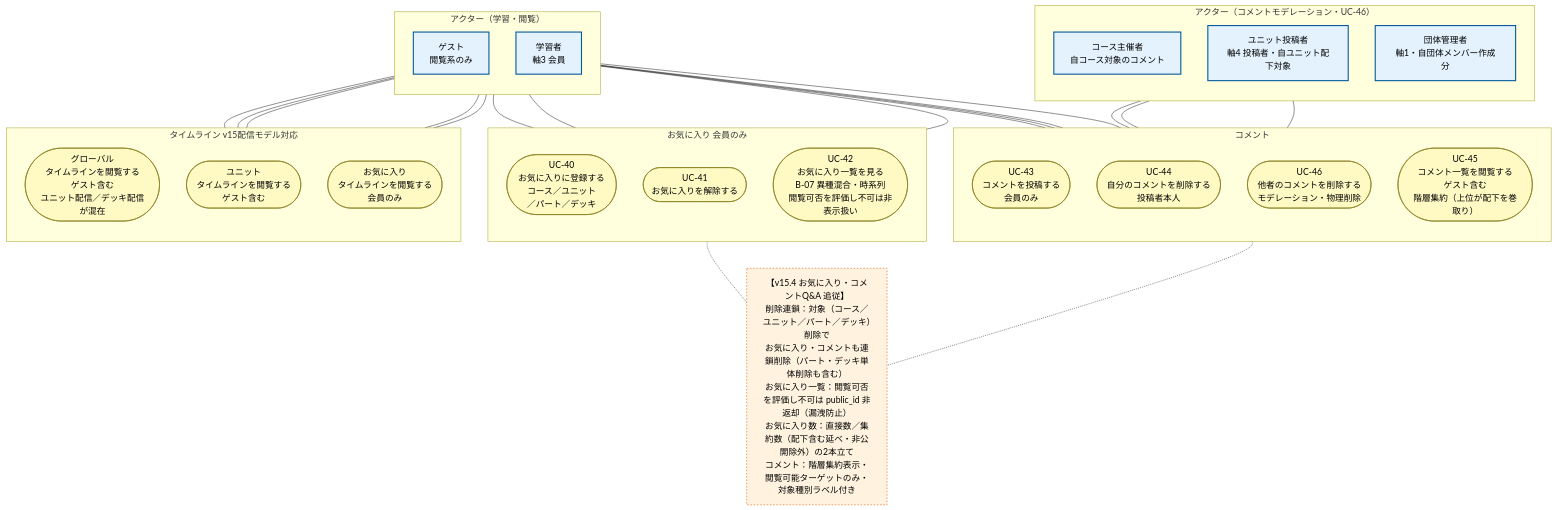
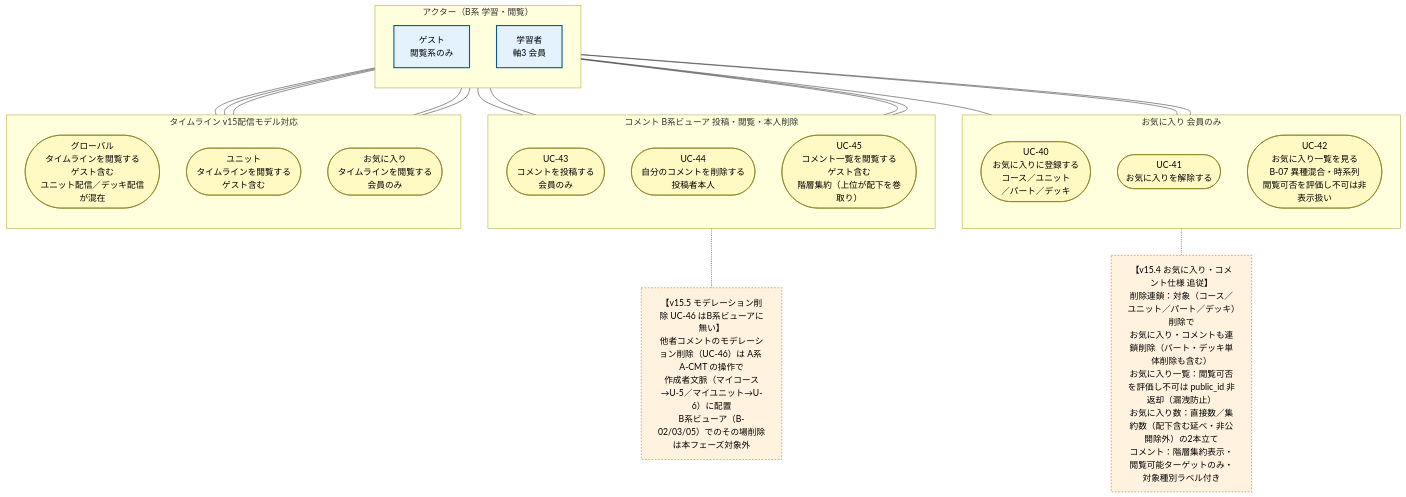
One commit to topicmaker-git/Pages changed the diagram in choi/学習者アプリ_ユースケース図/学習者アプリ_ユースケース図_U4_お気に入りコメントタイムライン.mmd. Above: the diagram before and after it, drawn with Mermaid. The commit also changed 7 other files, not shown here.

```diff
--- a/choi/学習者アプリ_ユースケース図/学習者アプリ_ユースケース図_U4_お気に入りコメントタイムライン.mmd
+++ b/choi/学習者アプリ_ユースケース図/学習者アプリ_ユースケース図_U4_お気に入りコメントタイムライン.mmd
@@ -1,65 +1,55 @@
 flowchart TB
 
 classDef actor fill:#e3f2fd,stroke:#01579b,stroke-width:2px,color:#000
 classDef uc fill:#fff9c4,stroke:#827717,stroke-width:1px,color:#000
 classDef note fill:#fff3e0,stroke:#e65100,stroke-width:1px,stroke-dasharray:3 3,color:#000
 
-subgraph A_Actors["アクター（学習・閲覧）"]
+subgraph A_Actors["アクター（B系 学習・閲覧）"]
     direction TB
     Guest["ゲスト<br/>閲覧系のみ"]:::actor
     Learner["学習者<br/>軸3 会員"]:::actor
-end
-
-subgraph A_Mod["アクター（コメントモデレーション・UC-46）"]
-    direction TB
-    Owner["コース主催者<br/>自コース対象のコメント"]:::actor
-    Poster["ユニット投稿者<br/>軸4 投稿者・自ユニット配下対象"]:::actor
-    OrgAdmin["団体管理者<br/>軸1・自団体メンバー作成分"]:::actor
 end
 
 subgraph UC_Fav["お気に入り 会員のみ"]
     direction TB
     UC40(["UC-40<br/>お気に入りに登録する<br/>コース／ユニット<br/>／パート／デッキ"])
     UC41(["UC-41<br/>お気に入りを解除する"])
     UC42(["UC-42<br/>お気に入り一覧を見る<br/>B-07 異種混合・時系列<br/>閲覧可否を評価し不可は非表示扱い"])
 end
 
-subgraph UC_Comment["コメント"]
+subgraph UC_Comment["コメント B系ビューア 投稿・閲覧・本人削除"]
     direction TB
     UC43(["UC-43<br/>コメントを投稿する<br/>会員のみ"])
     UC44(["UC-44<br/>自分のコメントを削除する<br/>投稿者本人"])
-    UC46(["UC-46<br/>他者のコメントを削除する<br/>モデレーション・物理削除"])
     UC45(["UC-45<br/>コメント一覧を閲覧する<br/>ゲスト含む<br/>階層集約（上位が配下を巻取り）"])
 end
 
 subgraph UC_Timeline["タイムライン v15配信モデル対応"]
     direction TB
     UCTLAll(["グローバル<br/>タイムラインを閲覧する<br/>ゲスト含む<br/>ユニット配信／デッキ配信が混在"])
     UCTLUnit(["ユニット<br/>タイムラインを閲覧する<br/>ゲスト含む"])
     UCTLFav(["お気に入り<br/>タイムラインを閲覧する<br/>会員のみ"])
 end
 
-NoteV154["【v15.4 お気に入り・コメントQ&A 追従】<br/>削除連鎖：対象（コース／ユニット／パート／デッキ）削除で<br/>お気に入り・コメントも連鎖削除（パート・デッキ単体削除も含む）<br/>お気に入り一覧：閲覧可否を評価し不可は public_id 非返却（漏洩防止）<br/>お気に入り数：直接数／集約数（配下含む延べ・非公開除外）の2本立て<br/>コメント：階層集約表示・閲覧可能ターゲットのみ・対象種別ラベル付き"]:::note
+NoteV154["【v15.4 お気に入り・コメント仕様 追従】<br/>削除連鎖：対象（コース／ユニット／パート／デッキ）削除で<br/>お気に入り・コメントも連鎖削除（パート・デッキ単体削除も含む）<br/>お気に入り一覧：閲覧可否を評価し不可は public_id 非返却（漏洩防止）<br/>お気に入り数：直接数／集約数（配下含む延べ・非公開除外）の2本立て<br/>コメント：階層集約表示・閲覧可能ターゲットのみ・対象種別ラベル付き"]:::note
+
+NoteMod["【v15.5 モデレーション削除 UC-46 はB系ビューアに無い】<br/>他者コメントのモデレーション削除（UC-46）は A系 A-CMT の操作で<br/>作成者文脈（マイコース→U-5／マイユニット→U-6）に配置<br/>B系ビューア（B-02/03/05）でのその場削除は本フェーズ対象外"]:::note
 
 Guest --- UC45
 Guest --- UCTLAll
 Guest --- UCTLUnit
 
 Learner --- UC40
 Learner --- UC41
 Learner --- UC42
 Learner --- UC43
 Learner --- UC44
 Learner --- UC45
 Learner --- UCTLAll
 Learner --- UCTLUnit
 Learner --- UCTLFav
 
-Owner --- UC46
-Poster --- UC46
-OrgAdmin --- UC46
+UC42 -.- NoteV154
+UC45 -.- NoteMod
 
-UC42 -.- NoteV154
-UC45 -.- NoteV154
-
-class UC40,UC41,UC42,UC43,UC44,UC45,UC46,UCTLAll,UCTLUnit,UCTLFav uc
+class UC40,UC41,UC42,UC43,UC44,UC45,UCTLAll,UCTLUnit,UCTLFav uc
```
